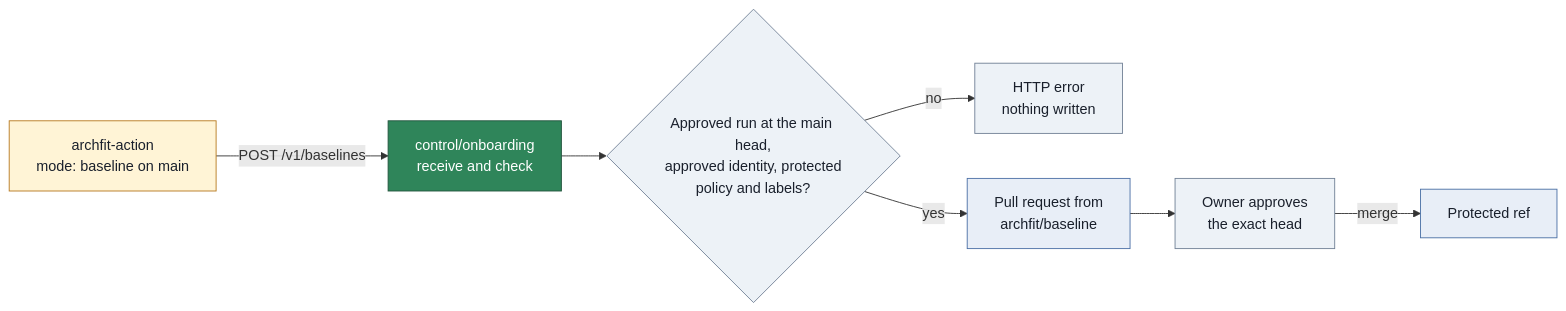
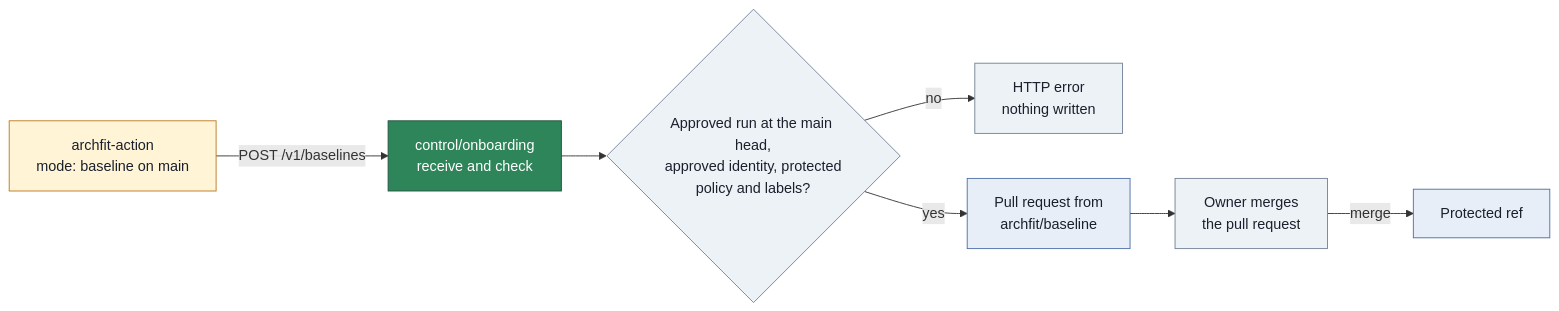
The fourth of 5 diagrams in docs/architecture.md (coupling-dev/archfit-app), drawn with Mermaid before and after one commit. The commit also changed other lines of this file and 14 other files, not shown here.

````diff
--- a/docs/architecture.md
+++ b/docs/architecture.md
@@ -196,27 +197,27 @@
 ```mermaid
 flowchart LR
     ACTION["archfit-action<br/>mode: baseline on main"]
     ONB["control/onboarding<br/>receive and check"]
     OK{"Approved run at the main head,<br/>approved identity, protected<br/>policy and labels?"}
     REJECT["HTTP error<br/>nothing written"]
     PR["Pull request from<br/>archfit/baseline"]
-    OWNER["Owner approves<br/>the exact head"]
+    OWNER["Owner merges<br/>the pull request"]
     MAIN["Protected ref"]
 
     ACTION -->|"POST /v1/baselines"| ONB
     ONB --> OK
     OK -->|"no"| REJECT
     OK -->|"yes"| PR
     PR --> OWNER
     OWNER -->|"merge"| MAIN
 
     classDef core fill:#2f855a,stroke:#22543d,color:#ffffff
     classDef control fill:#e8eef7,stroke:#4a6fa5,color:#1a202c
     classDef nottrusted fill:#fff4d6,stroke:#b7791f,color:#1a202c
     classDef neutral fill:#edf2f7,stroke:#718096,color:#1a202c
 
     class ONB core
     class PR,MAIN control
     class ACTION nottrusted
     class OK,REJECT,OWNER neutral
 ```
````
